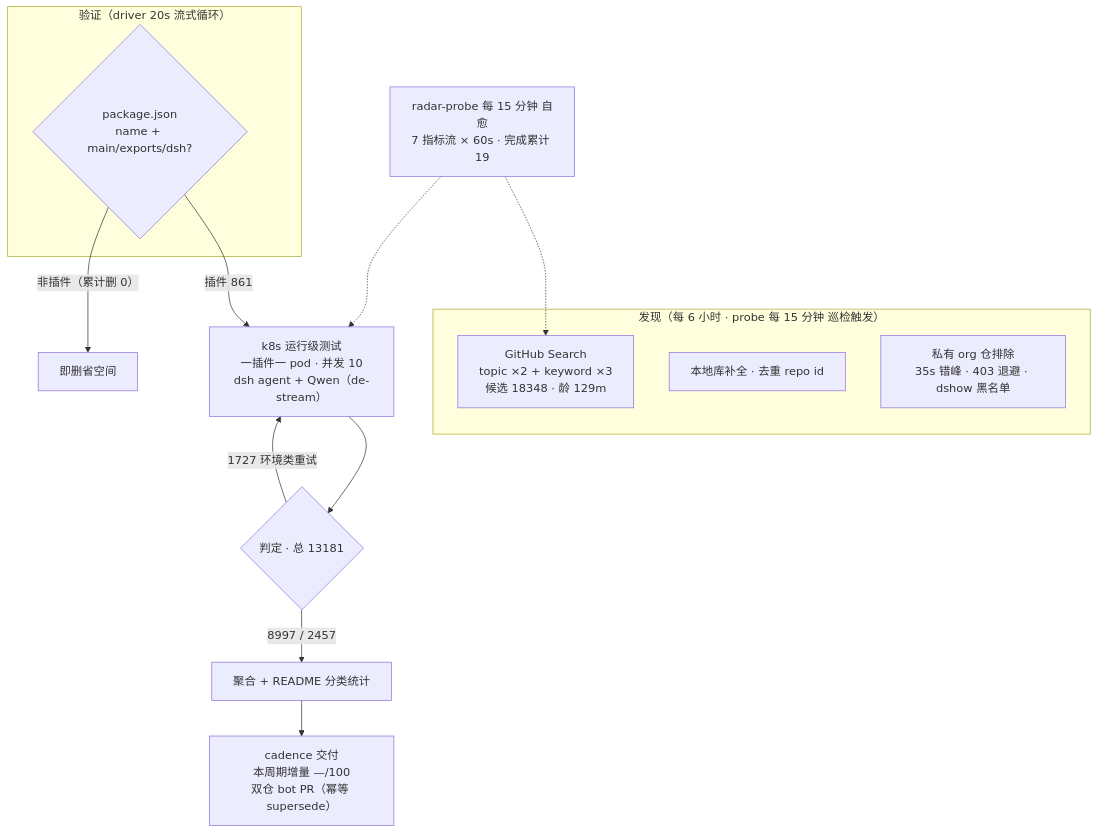
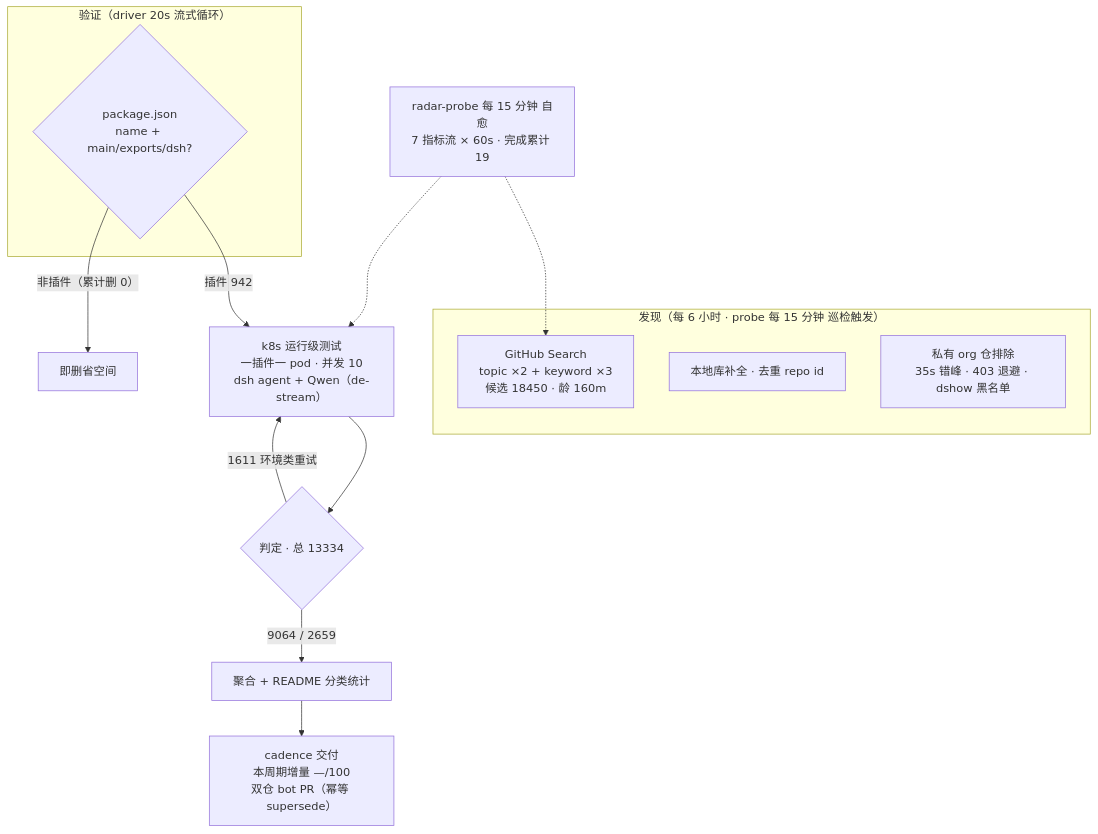
The diagram in README.md (Zhidao-Lab-OSS/awesome-dsh-plugins), drawn with Mermaid before and after one commit. The commit also changed other lines of this file and 1 other file, not shown here.

````diff
--- a/README.md
+++ b/README.md
@@ -52,20 +52,20 @@
 ```mermaid
 flowchart TB
     subgraph Discovery["发现（每 6 小时 · probe 每 15 分钟 巡检触发）"]
-        A1["GitHub Search<br/>topic ×2 + keyword ×3<br/>候选 18348 · 龄 129m"]
+        A1["GitHub Search<br/>topic ×2 + keyword ×3<br/>候选 18450 · 龄 160m"]
         A2["本地库补全 · 去重 repo id"]
         A3["私有 org 仓排除<br/>35s 错峰 · 403 退避 · dshow 黑名单"]
     end
     subgraph Validation["验证（driver 20s 流式循环）"]
         B1{"package.json<br/>name + main/exports/dsh?"}
     end
-    B1 -->|"插件 861"| C1["k8s 运行级测试<br/>一插件一 pod · 并发 10<br/>dsh agent + Qwen（de-stream）"]
+    B1 -->|"插件 942"| C1["k8s 运行级测试<br/>一插件一 pod · 并发 10<br/>dsh agent + Qwen（de-stream）"]
     B1 -->|"非插件（累计删 0）"| B3["即删省空间"]
-    C1 --> D1{"判定 · 总 13181"}
-    D1 -->|"8997 / 2457"| E1["聚合 + README 分类统计"]
-    D1 -->|"1727 环境类重试"| C1
+    C1 --> D1{"判定 · 总 13334"}
+    D1 -->|"9064 / 2659"| E1["聚合 + README 分类统计"]
+    D1 -->|"1611 环境类重试"| C1
     E1 --> E2["cadence 交付<br/>本周期增量 —/100<br/>双仓 bot PR（幂等 supersede）"]
     M["radar-probe 每 15 分钟 自愈<br/>7 指标流 × 60s · 完成累计 19"]
     M -.-> A1
     M -.-> C1
 ```
````
